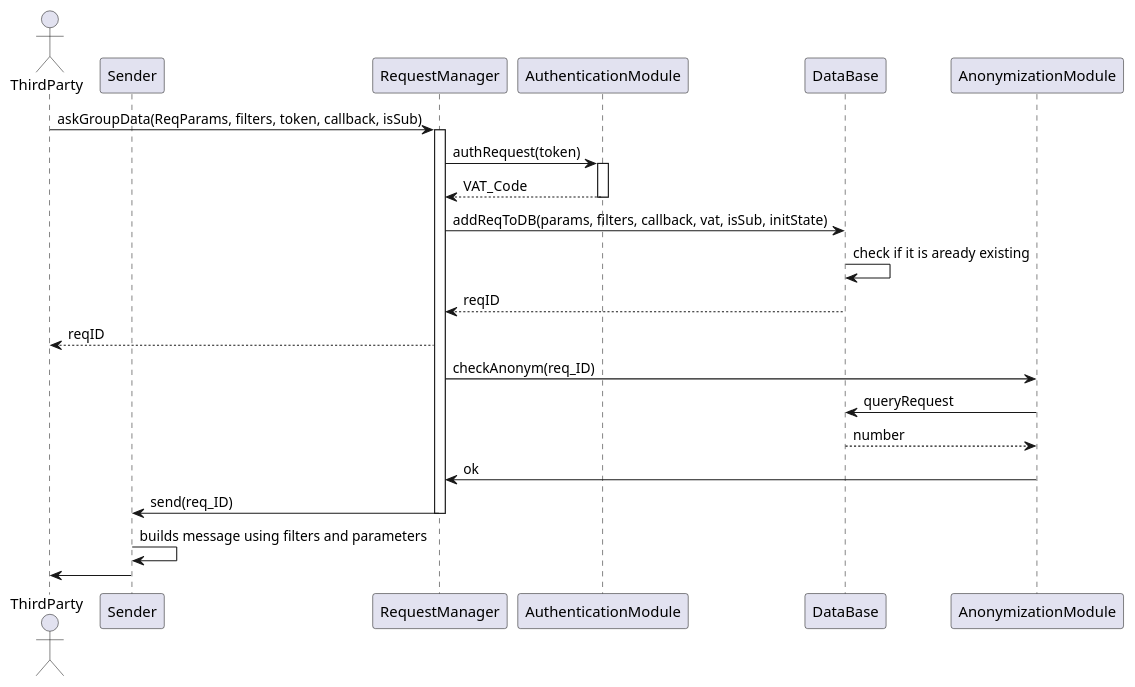
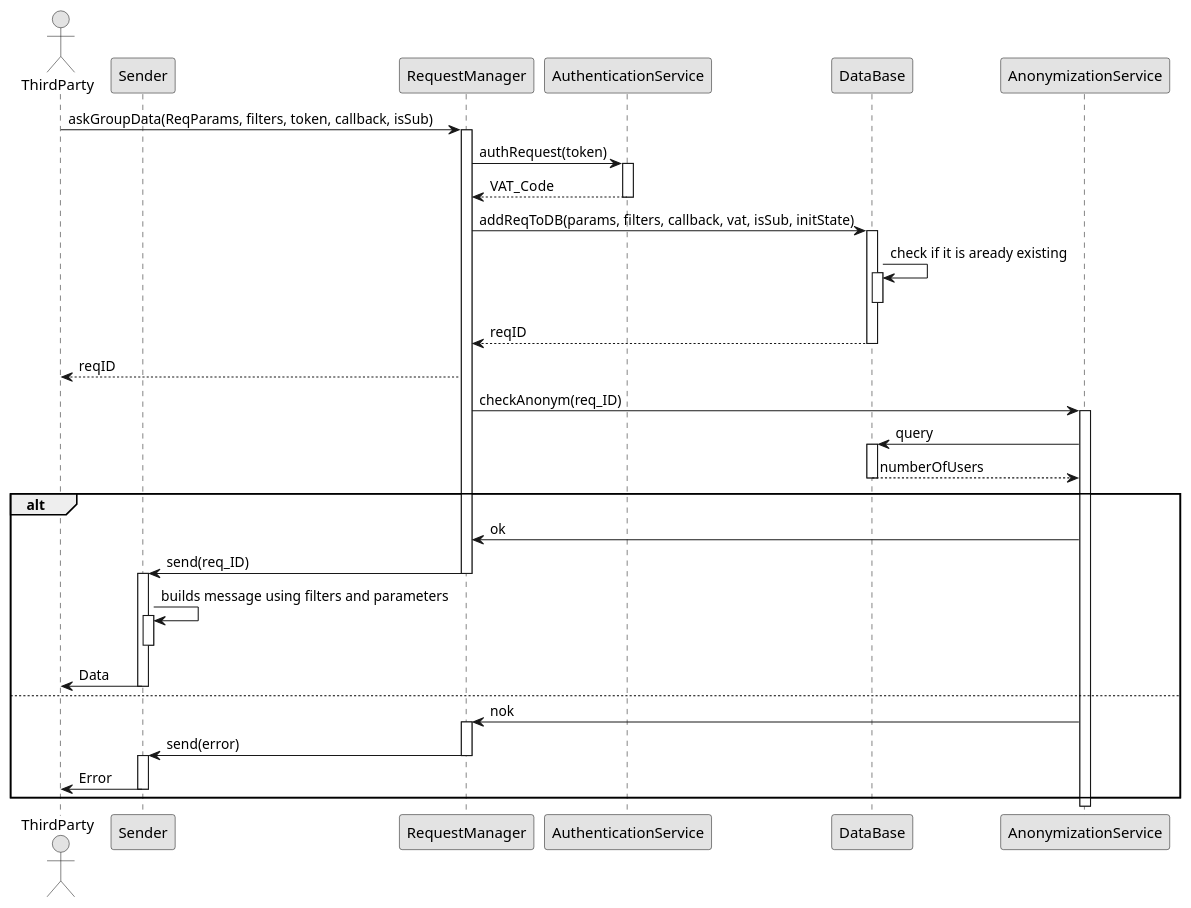
Before and after one commit to AlviseDeFaveri/BiscontiniDeFaveriGelli: the diagram in DD/diagrams/GroupDataRequest_Sequence.puml, drawn with PlantUML. The commit also changed 6 other files, not shown here.

Commit message:
added sequence diagrams

```diff
--- a/DD/diagrams/GroupDataRequest_Sequence.puml
+++ b/DD/diagrams/GroupDataRequest_Sequence.puml
@@ -1,27 +1,56 @@
 @startuml
+skinparam monochrome true
 actor ThirdParty as TP
 participant Sender as SND
 participant RequestManager as REQ
-participant AuthenticationModule as AUTH
+participant AuthenticationService as AUTH
 participant DataBase as DB
-participant AnonymizationModule as NOT
+participant AnonymizationService as NOT
 
 TP -> REQ : askGroupData(ReqParams, filters, token, callback, isSub)
 activate REQ
 REQ -> AUTH: authRequest(token)
 activate AUTH
 AUTH --> REQ: VAT_Code
 deactivate AUTH
+
+
 REQ -> DB : addReqToDB(params, filters, callback, vat, isSub, initState)
+activate DB
 DB -> DB: check if it is aready existing
+activate DB
+deactivate DB
 DB --> REQ : reqID
+deactivate DB
+
 REQ --> TP : reqID
 REQ -> NOT : checkAnonym(req_ID)
-NOT -> DB : queryRequest
-DB --> NOT : number
+activate NOT
+NOT -> DB : query
+activate DB
+DB --> NOT : numberOfUsers
+deactivate DB
+
+alt
 NOT -> REQ : ok
 REQ -> SND : send(req_ID)
 deactivate REQ
+activate SND
 SND -> SND : builds message using filters and parameters
-SND -> TP
+activate SND
+deactivate SND
+SND -> TP: Data
+deactivate SND
+
+else
+
+NOT -> REQ : nok
+activate REQ
+REQ -> SND : send(error)
+deactivate REQ
+activate SND
+SND -> TP: Error
+deactivate SND
+
+end
 @enduml
```
